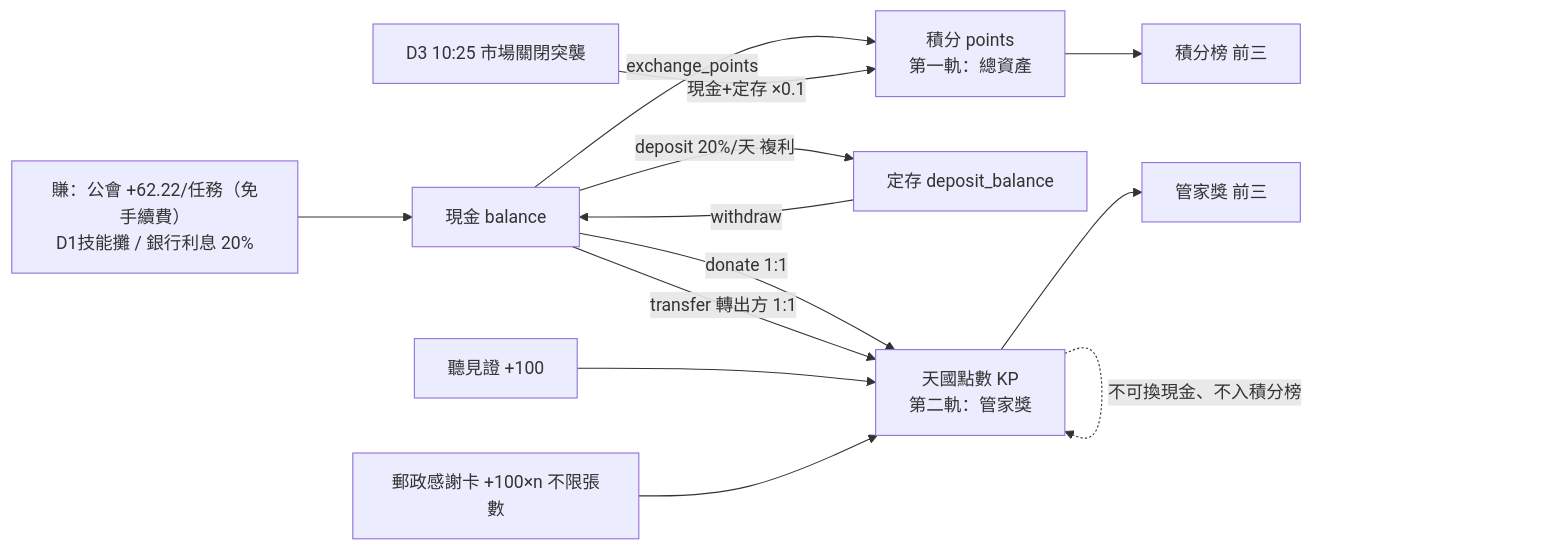
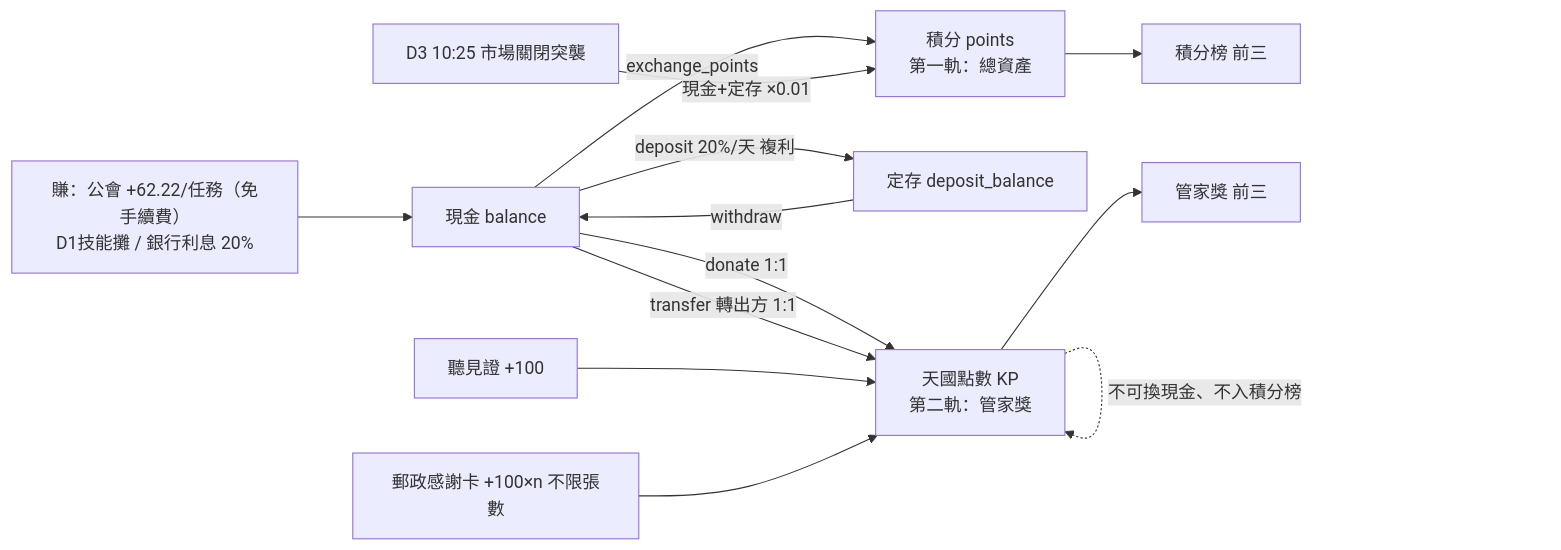
The second of 7 diagrams in docs/app/33-架構與部署.md (mushding/2026-bilingual-camp-little-market), drawn with Mermaid before and after one commit. The commit also changed 16 other files, not shown here.

````diff
--- a/docs/app/33-架構與部署.md
+++ b/docs/app/33-架構與部署.md
@@ -49,17 +49,17 @@
 ```mermaid
 flowchart LR
   Earn[賺：公會 +62.22/任務（免手續費）<br/>D1技能攤 / 銀行利息 20%] --> Cash[現金 balance]
   Cash -->|exchange_points| PT[積分 points<br/>第一軌：總資產]
   Cash -->|deposit 20%/天 複利| DEP[定存 deposit_balance]
   DEP -->|withdraw| Cash
   Cash -->|donate 1:1| KP[天國點數 KP<br/>第二軌：管家獎]
   Cash -->|transfer 轉出方 1:1| KP
   Wit[聽見證 +100] --> KP
   Mail[郵政感謝卡 +100×n 不限張數] --> KP
 
-  Close["D3 10:25 市場關閉突襲"] -->|"現金+定存 ×0.1"| PT
+  Close["D3 10:25 市場關閉突襲"] -->|"現金+定存 ×0.01"| PT
   KP -. 不可換現金、不入積分榜 .-> KP
 
   PT --> Rank1[積分榜 前三]
   KP --> Rank2[管家獎 前三]
 ```
````
